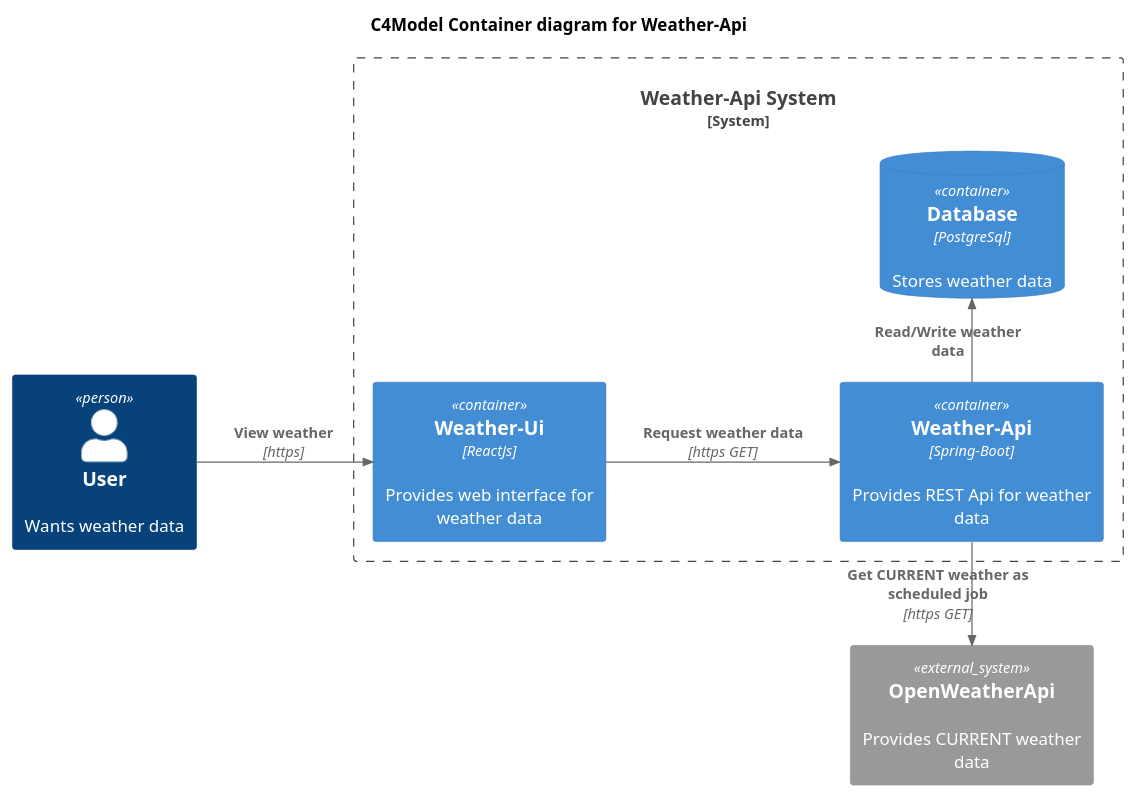
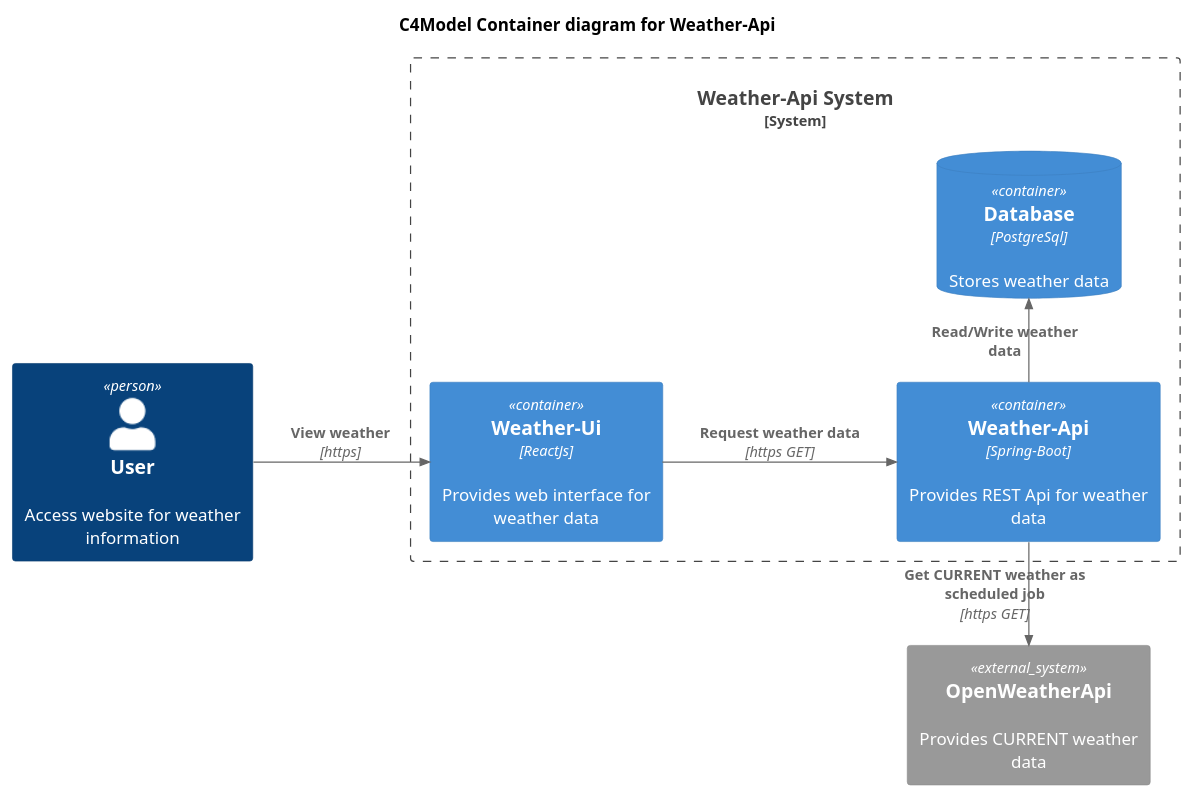
The diagram in docs/c4model/container.puml (OskarWestmeijer/weather), drawn with PlantUML before and after one commit. The commit also changed 8 other files, not shown here.

Commit message:
feat: update documentation, modify liquibase schema

```diff
--- a/docs/c4model/container.puml
+++ b/docs/c4model/container.puml
@@ -1,26 +1,26 @@
-@startuml
+@startuml C4_Elements
 
 !include https://raw.githubusercontent.com/plantuml-stdlib/C4-PlantUML/master/C4_Container.puml
 
 
 
 title C4Model Container diagram for Weather-Api
 
-Person(user, "User", "Wants weather data")
+Person(user, "User", "Access website for weather information")
 
 System_Boundary(weatherSystem, "Weather-Api System") {
     Container(weather_ui, "Weather-Ui", "ReactJs", $descr="Provides web interface for weather data")
     Container(weather_api, "Weather-Api", "Spring-Boot", $descr="Provides REST Api for weather data")
     ContainerDb(postgres_db, "Database", "PostgreSql", "Stores weather data")
 }
 System_Ext(open_weather_api, "OpenWeatherApi", "Provides CURRENT weather data")
 
 
 Rel(user, weather_ui, "View weather", "https")
 Rel(weather_ui, weather_api, "Request weather data", "https GET")
 Rel_L(weather_api, open_weather_api, "Get CURRENT weather as scheduled job", "https GET")
 Rel_R(weather_api, postgres_db, "Read/Write weather data")
 LAYOUT_LANDSCAPE()
 
 
 @enduml
```
